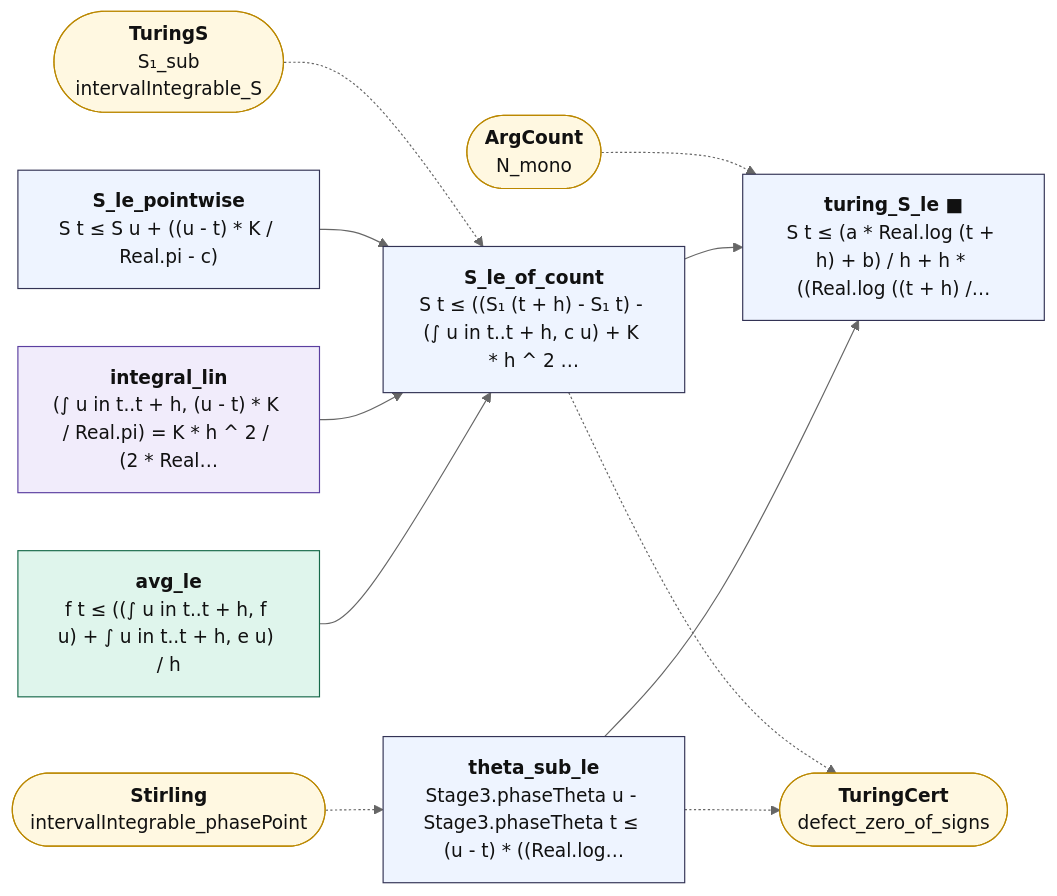
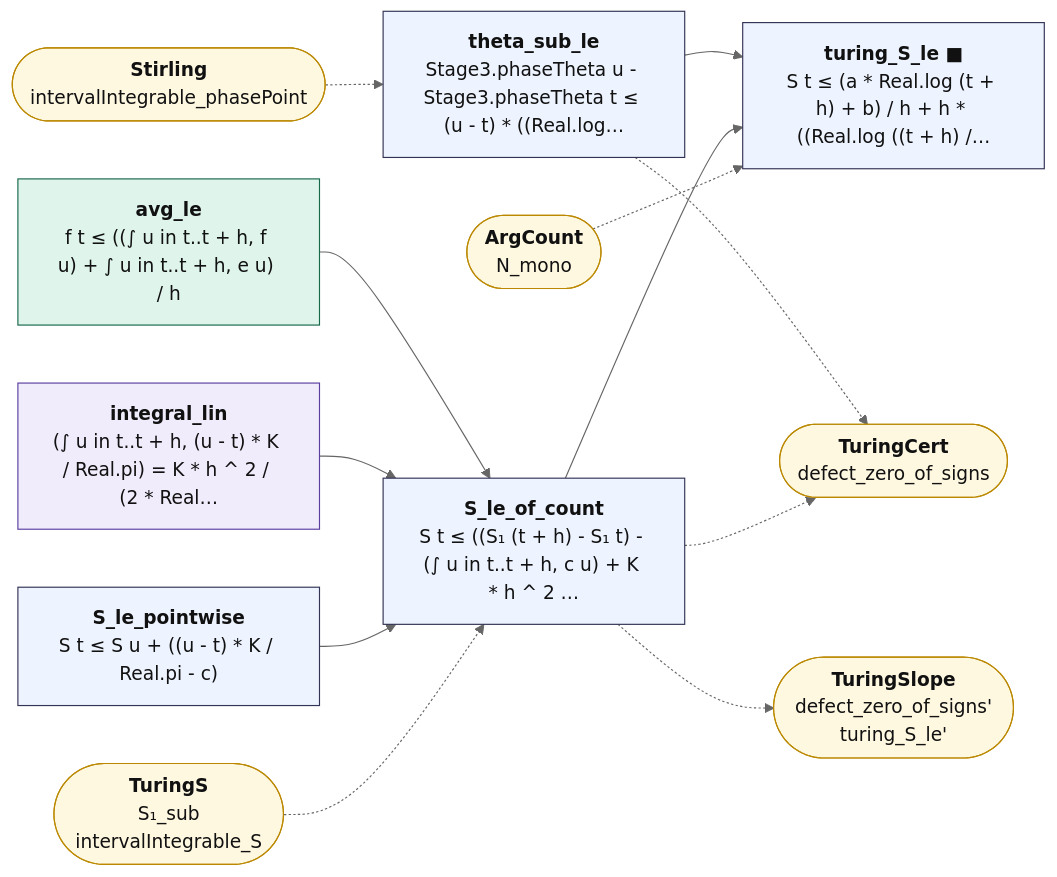
The diagram in map/lean_stage3/TuringAvg.md (juliansambranojr/Primebeat_081426), drawn with Mermaid (neutral theme) before and after one commit. The commit also changed other lines of this file and 33 other files, not shown here.

````diff
--- a/map/lean_stage3/TuringAvg.md
+++ b/map/lean_stage3/TuringAvg.md
@@ -14,31 +14,33 @@
 ```mermaid
 flowchart LR
   n0["<b>theta_sub_le</b><br/>Stage3.phaseTheta u - Stage3.phaseTheta t ≤ (u - t) * ((Real.log…"]:::thm
   n1["<b>avg_le</b><br/>f t ≤ ((∫ u in t..t + h, f u) + ∫ u in t..t + h, e u) / h"]:::cnt
   n2["<b>integral_lin</b><br/>(∫ u in t..t + h, (u - t) * K / Real.pi) = K * h ^ 2 / (2 * Real…"]:::shp
   n3["<b>S_le_pointwise</b><br/>S t ≤ S u + ((u - t) * K / Real.pi - c)"]:::thm
   n4["<b>S_le_of_count</b><br/>S t ≤ ((S₁ (t + h) - S₁ t) - (∫ u in t..t + h, c u) + K * h ^ 2 …"]:::thm
   n5["<b>turing_S_le ■</b><br/>S t ≤ (a * Real.log (t + h) + b) / h + h * ((Real.log ((t + h) /…"]:::thm
   x0(["<b>Stirling</b><br/>intervalIntegrable_phasePoint"]):::ext
   x1(["<b>TuringCert</b><br/>defect_zero_of_signs"]):::ext
   x2(["<b>TuringS</b><br/>S₁_sub<br/>intervalIntegrable_S"]):::ext
-  x3(["<b>ArgCount</b><br/>N_mono"]):::ext
+  x3(["<b>TuringSlope</b><br/>defect_zero_of_signs'<br/>turing_S_le'"]):::ext
+  x4(["<b>ArgCount</b><br/>N_mono"]):::ext
   n0 --> n5
   n1 --> n4
   n2 --> n4
   n3 --> n4
   n4 --> n5
   n0 -.-> x1
   n4 -.-> x1
+  n4 -.-> x3
   x0 -.-> n0
   x2 -.-> n4
-  x3 -.-> n5
+  x4 -.-> n5
   classDef cnt fill:#dff5ec,stroke:#17694a,color:#111
   classDef shp fill:#f1ecfb,stroke:#5b3fa0,color:#111
   classDef rh fill:#ffe5e5,stroke:#c22,color:#111,stroke-width:2px
   classDef thm fill:#eef4ff,stroke:#335,color:#111
   classDef end_ fill:#e7f7e7,stroke:#2a7,color:#111,stroke-width:2px
   classDef lone fill:#fff,stroke:#999,color:#111,stroke-dasharray:4 3
   classDef bad fill:#ffe5e5,stroke:#c22,color:#111,stroke-width:2px
   classDef ext fill:#fff8e1,stroke:#b80,color:#111
 ```
````
